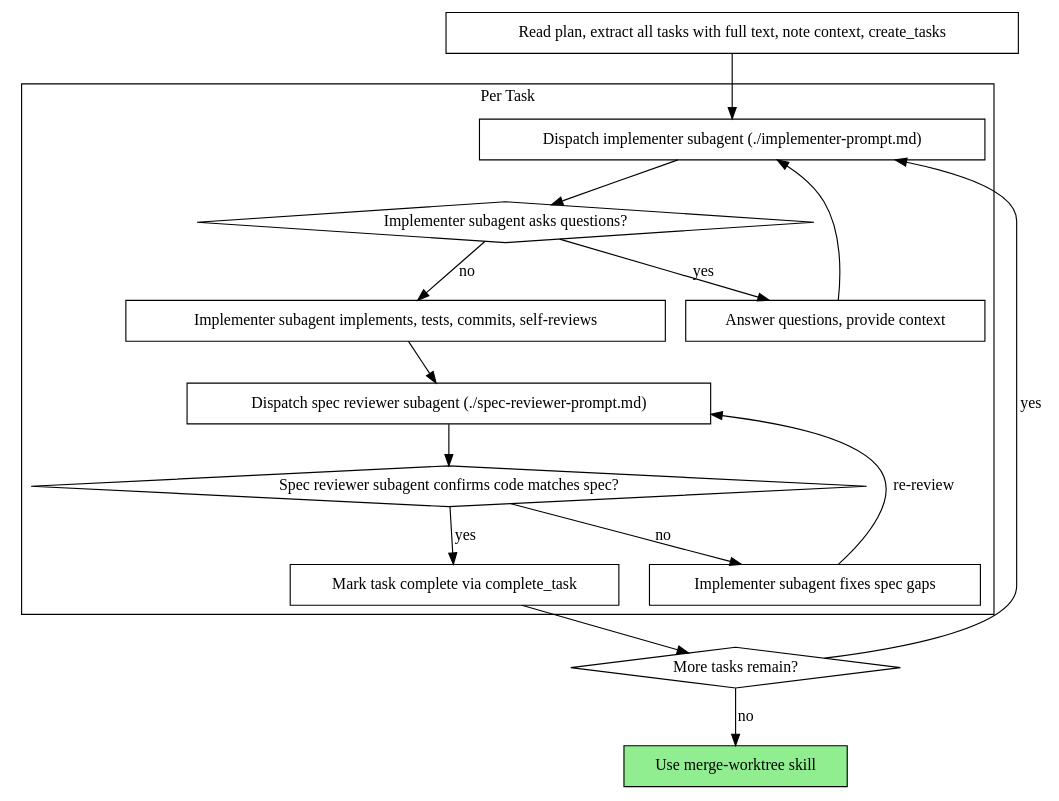
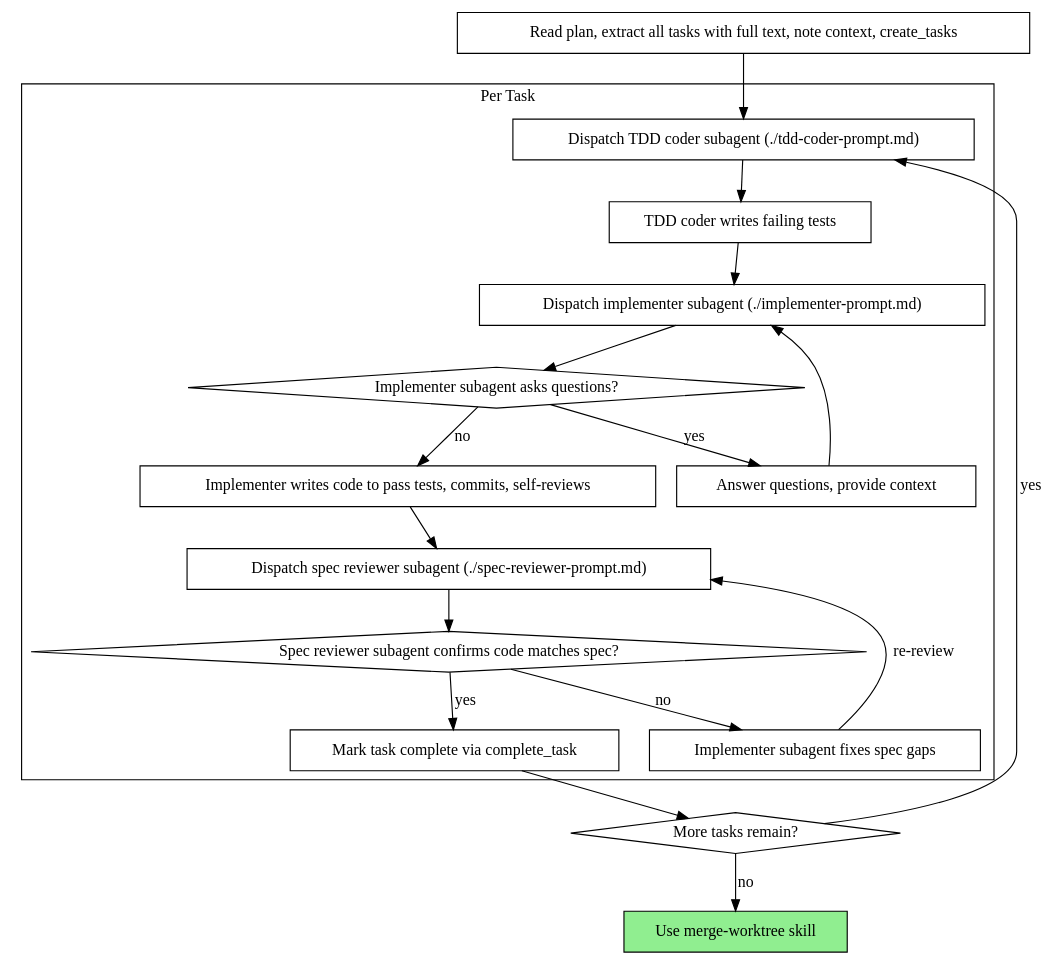
One commit to zhushanwen321/xyz-harness changed the second of 2 diagrams in skills/xyz-harness-subagent-driven-development/SKILL.md. Above: the diagram before and after it, drawn with Graphviz. The commit also changed other lines of this file and 12 other files, not shown here.

````diff
--- a/skills/xyz-harness-subagent-driven-development/SKILL.md
+++ b/skills/xyz-harness-subagent-driven-development/SKILL.md
@@ -53,35 +54,39 @@
 ```dot
 digraph process {
     rankdir=TB;
 
     subgraph cluster_per_task {
         label="Per Task";
+        "Dispatch TDD coder subagent (./tdd-coder-prompt.md)" [shape=box];
+        "TDD coder writes failing tests" [shape=box];
         "Dispatch implementer subagent (./implementer-prompt.md)" [shape=box];
         "Implementer subagent asks questions?" [shape=diamond];
         "Answer questions, provide context" [shape=box];
-        "Implementer subagent implements, tests, commits, self-reviews" [shape=box];
+        "Implementer writes code to pass tests, commits, self-reviews" [shape=box];
         "Dispatch spec reviewer subagent (./spec-reviewer-prompt.md)" [shape=box];
         "Spec reviewer subagent confirms code matches spec?" [shape=diamond];
         "Implementer subagent fixes spec gaps" [shape=box];
         "Mark task complete via complete_task" [shape=box];
     }
 
     "Read plan, extract all tasks with full text, note context, create_tasks" [shape=box];
     "More tasks remain?" [shape=diamond];
     "Use merge-worktree skill" [shape=box style=filled fillcolor=lightgreen];
 
-    "Read plan, extract all tasks with full text, note context, create_tasks" -> "Dispatch implementer subagent (./implementer-prompt.md)";
+    "Read plan, extract all tasks with full text, note context, create_tasks" -> "Dispatch TDD coder subagent (./tdd-coder-prompt.md)";
+    "Dispatch TDD coder subagent (./tdd-coder-prompt.md)" -> "TDD coder writes failing tests";
+    "TDD coder writes failing tests" -> "Dispatch implementer subagent (./implementer-prompt.md)";
     "Dispatch implementer subagent (./implementer-prompt.md)" -> "Implementer subagent asks questions?";
     "Implementer subagent asks questions?" -> "Answer questions, provide context" [label="yes"];
     "Answer questions, provide context" -> "Dispatch implementer subagent (./implementer-prompt.md)";
-    "Implementer subagent asks questions?" -> "Implementer subagent implements, tests, commits, self-reviews" [label="no"];
-    "Implementer subagent implements, tests, commits, self-reviews" -> "Dispatch spec reviewer subagent (./spec-reviewer-prompt.md)";
+    "Implementer subagent asks questions?" -> "Implementer writes code to pass tests, commits, self-reviews" [label="no"];
+    "Implementer writes code to pass tests, commits, self-reviews" -> "Dispatch spec reviewer subagent (./spec-reviewer-prompt.md)";
     "Dispatch spec reviewer subagent (./spec-reviewer-prompt.md)" -> "Spec reviewer subagent confirms code matches spec?";
     "Spec reviewer subagent confirms code matches spec?" -> "Implementer subagent fixes spec gaps" [label="no"];
     "Implementer subagent fixes spec gaps" -> "Dispatch spec reviewer subagent (./spec-reviewer-prompt.md)" [label="re-review"];
     "Spec reviewer subagent confirms code matches spec?" -> "Mark task complete via complete_task" [label="yes"];
     "Mark task complete via complete_task" -> "More tasks remain?";
-    "More tasks remain?" -> "Dispatch implementer subagent (./implementer-prompt.md)" [label="yes"];
+    "More tasks remain?" -> "Dispatch TDD coder subagent (./tdd-coder-prompt.md)" [label="yes"];
     "More tasks remain?" -> "Use merge-worktree skill" [label="no"];
 }
 ```
````
